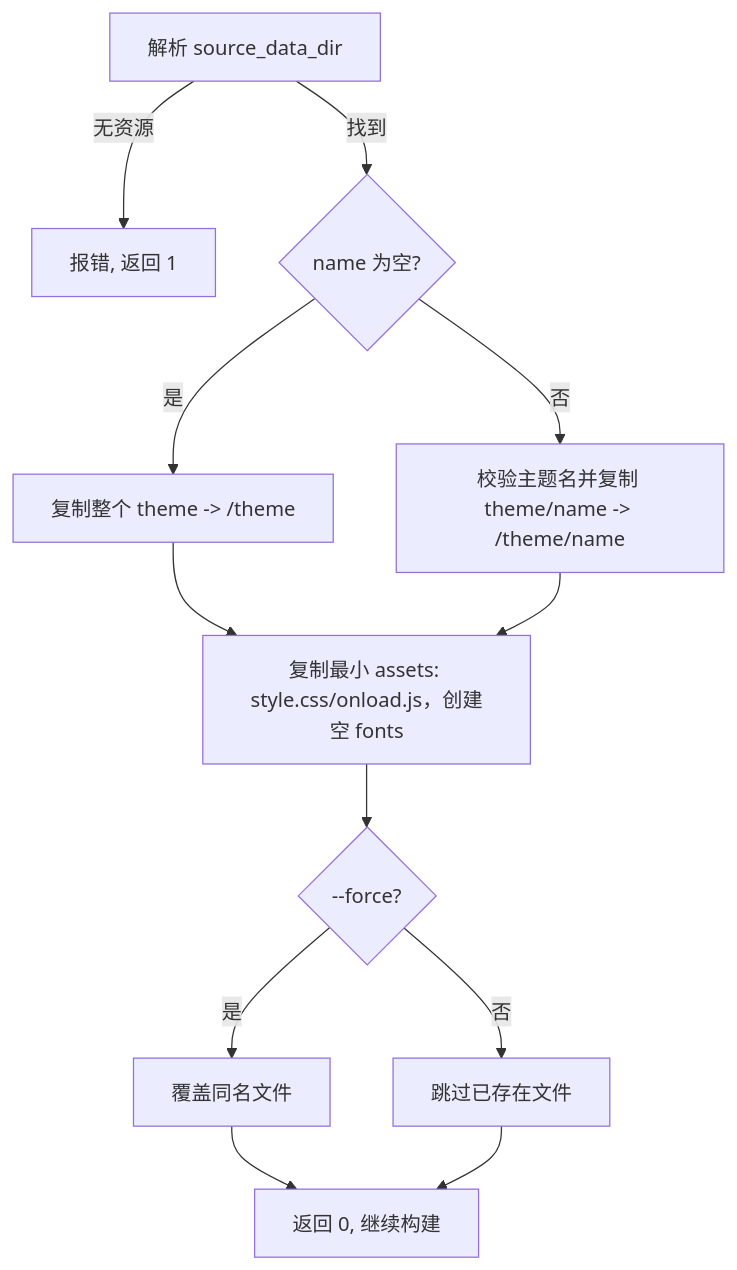
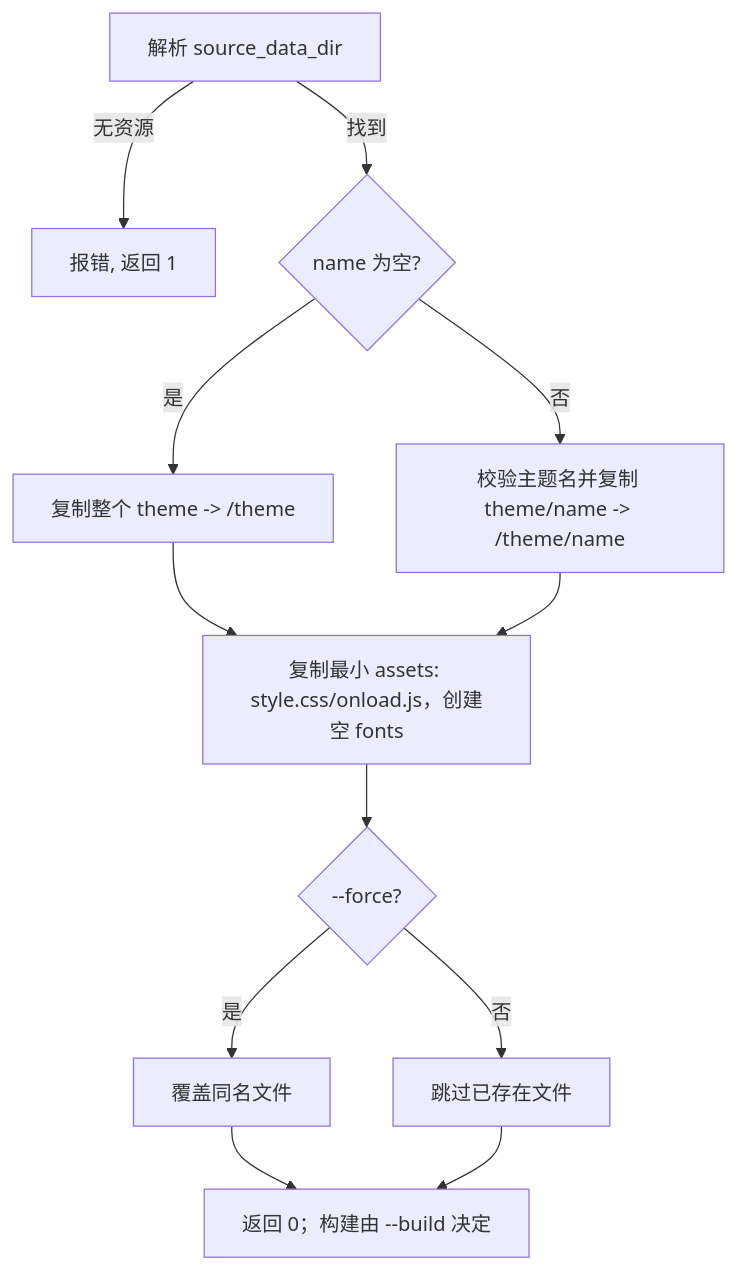
Before and after one commit to o8x/camus: the third of 3 diagrams in docs/prd/08-template-install.md, drawn with Mermaid. The commit also changed other lines of this file and 5 other files, not shown here.

````diff
--- a/docs/prd/08-template-install.md
+++ b/docs/prd/08-template-install.md
@@ -107,14 +107,14 @@
 ```mermaid
 flowchart TD
     A[解析 source_data_dir] -->|无资源| X[报错, 返回 1]
     A -->|找到| T{name 为空?}
     T -->|是| C[复制整个 theme -> <workdir>/theme]
     T -->|否| O[校验主题名并复制 theme/name -> <workdir>/theme/name]
     C --> AS[复制最小 assets: style.css/onload.js，创建空 fonts]
     O --> AS
     AS --> S{--force?}
     S -->|是| W[覆盖同名文件]
     S -->|否| K[跳过已存在文件]
-    W --> OK[返回 0, 继续构建]
+    W --> OK[返回 0；构建由 --build 决定]
     K --> OK
 ```
````
